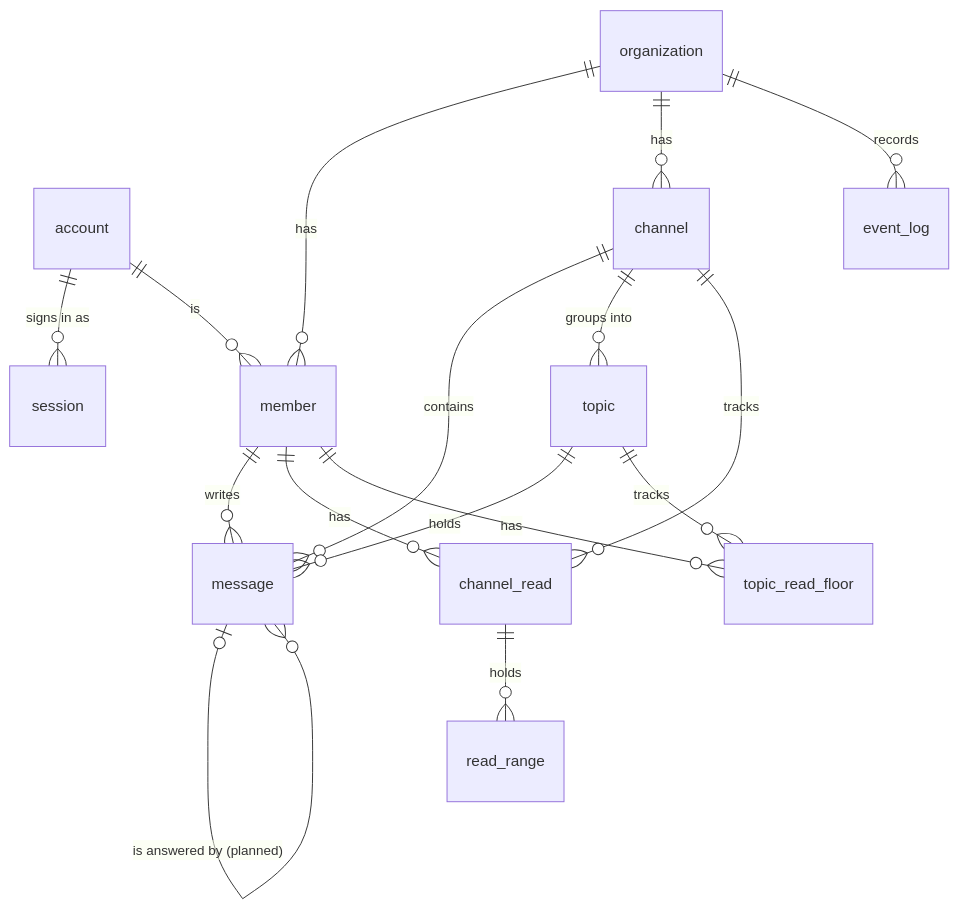
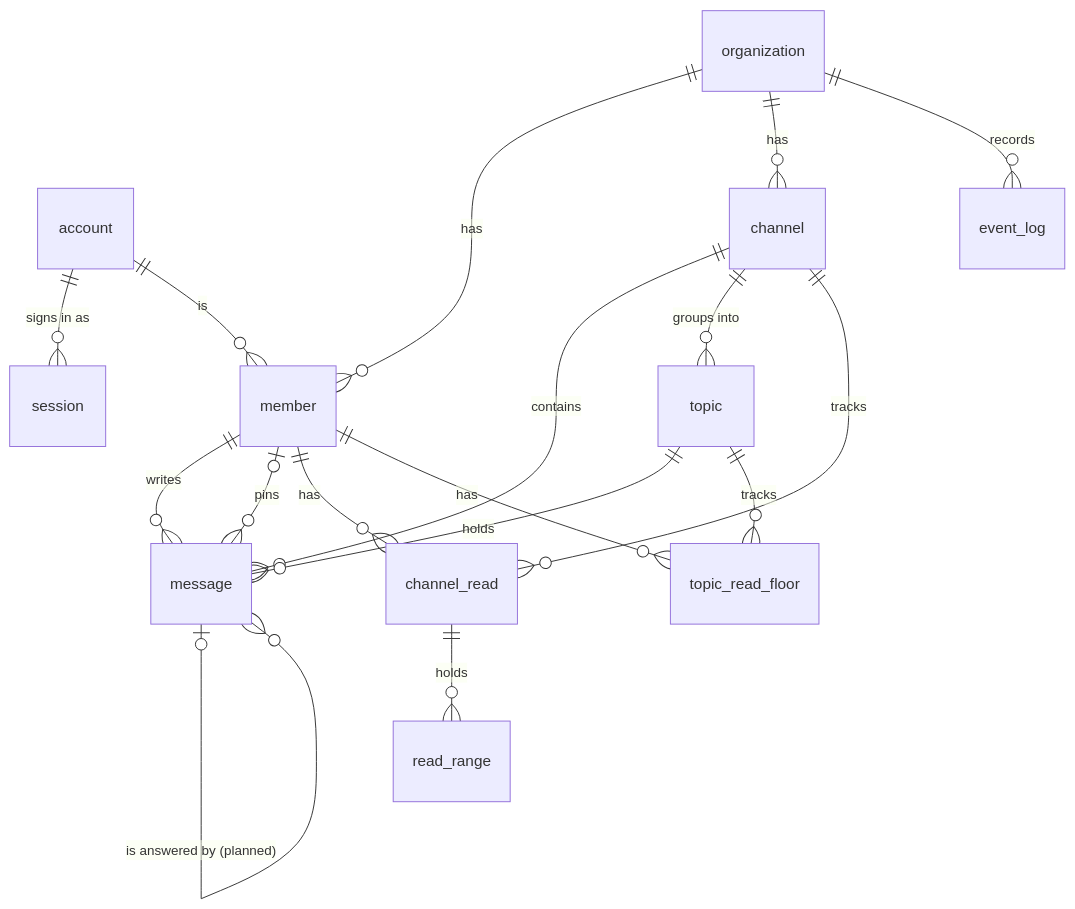
Before and after one commit to tkakkie/ribbitto: the diagram in docs/domain/entities.md, drawn with Mermaid. The commit also changed other lines of this file and 25 other files, not shown here.

````diff
--- a/docs/domain/entities.md
+++ b/docs/domain/entities.md
@@ -13,18 +13,19 @@
 ```mermaid
 erDiagram
   account ||--o{ session : "signs in as"
   account ||--o{ member : "is"
   organization ||--o{ member : "has"
   organization ||--o{ channel : "has"
   organization ||--o{ event_log : "records"
   channel ||--o{ message : "contains"
   message |o--o{ message : "is answered by (planned)"
   channel ||--o{ topic : "groups into"
   topic ||--o{ message : "holds"
   member ||--o{ message : "writes"
+  member |o--o{ message : "pins"
   channel ||--o{ channel_read : "tracks"
   member ||--o{ channel_read : "has"
   channel_read ||--o{ read_range : "holds"
   topic ||--o{ topic_read_floor : "tracks"
   member ||--o{ topic_read_floor : "has"
 ```
````
